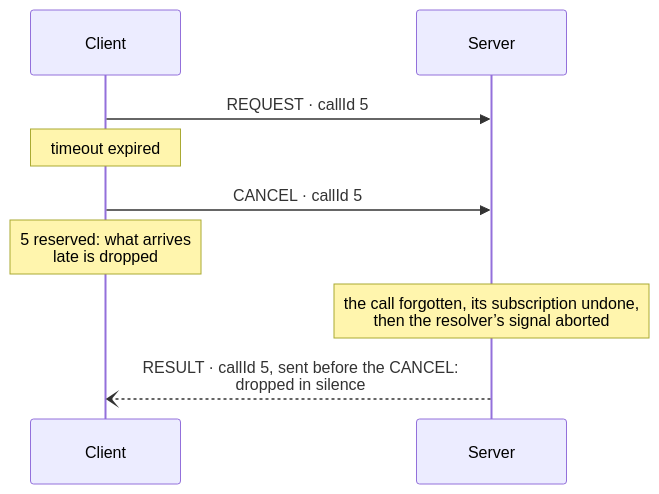
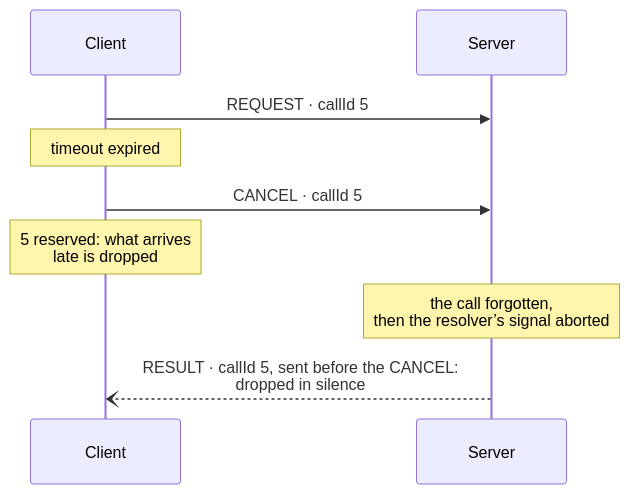
The diagram in site/diagrams/en/cancel.mmd (francisdesjardins/bead), drawn with Mermaid before and after one commit. The commit also changed 9 other files, not shown here.

```diff
--- a/site/diagrams/en/cancel.mmd
+++ b/site/diagrams/en/cancel.mmd
@@ -1,9 +1,9 @@
 sequenceDiagram
   participant C as Client
   participant S as Server
   C->>S: REQUEST · callId 5
   Note over C: timeout expired
   C->>S: CANCEL · callId 5
   Note over C: 5 reserved: what arrives<br/>late is dropped
-  Note over S: the call forgotten, its subscription undone,<br/>then the resolver’s signal aborted
+  Note over S: the call forgotten,<br/>then the resolver’s signal aborted
   S--)C: RESULT · callId 5, sent before the CANCEL:<br/>dropped in silence
```
